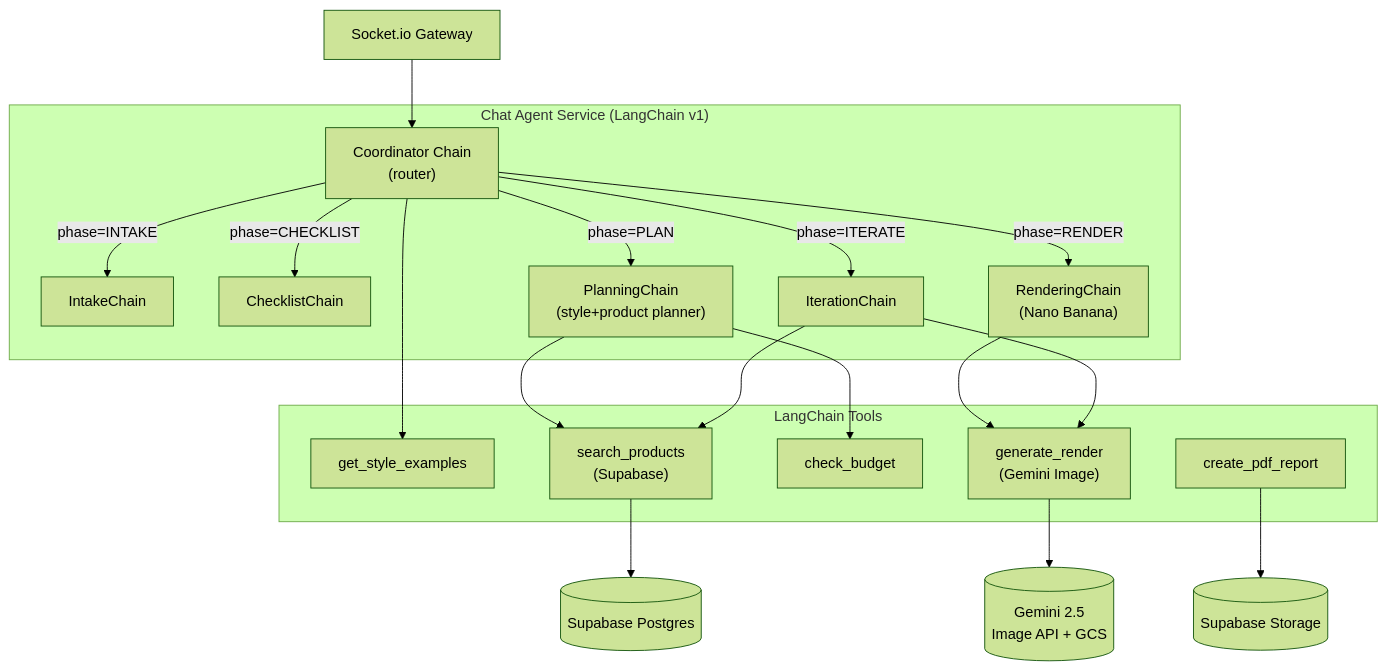
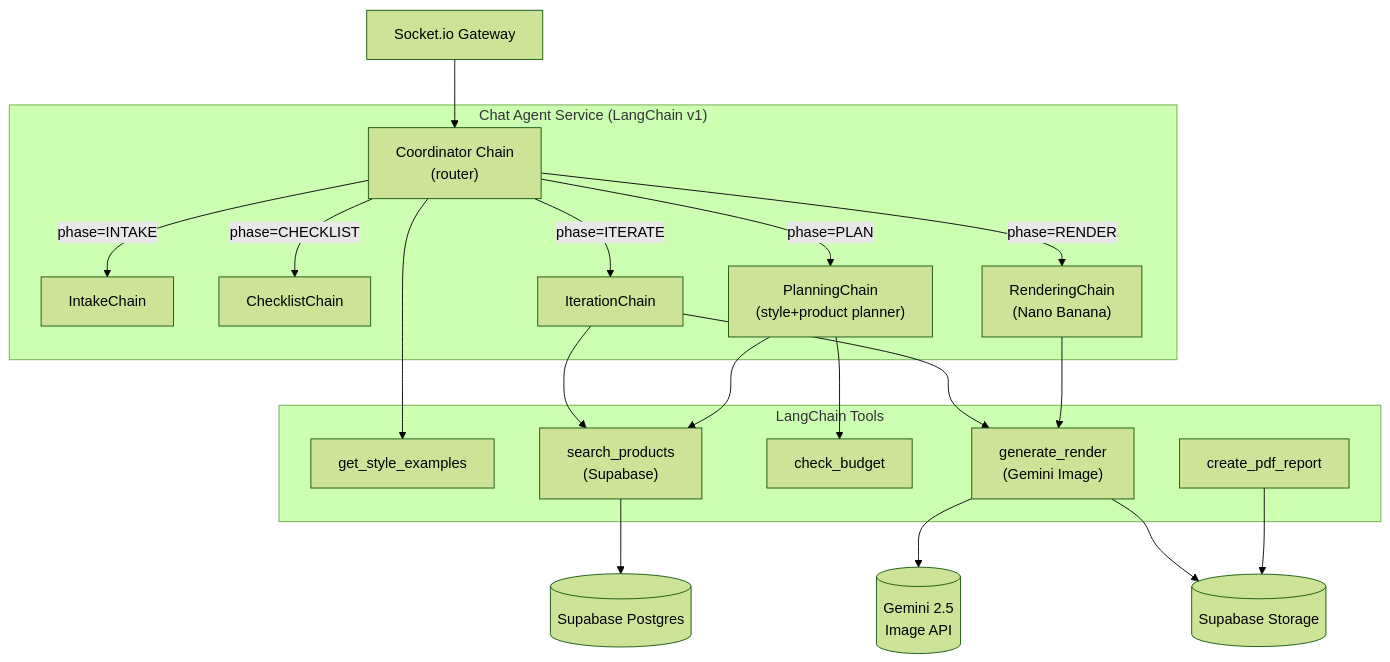
Before and after one commit to songyinggoh/renovation-agent-monorepo: the third of 5 diagrams in docs/notion/Full System Architecture.md, drawn with Mermaid (forest theme). The commit also changed other lines of this file and 15 other files, not shown here.

````diff
--- a/docs/notion/Full System Architecture.md
+++ b/docs/notion/Full System Architecture.md
@@ -189,37 +187,38 @@
 ```mermaid
 flowchart TD
   subgraph ChatAgent["Chat Agent Service (LangChain v1)"]
     Coord["Coordinator Chain</br>(router)"]
     Intake[IntakeChain]
     Checklist[ChecklistChain]
     Plan["PlanningChain</br>(style+product planner)"]
     Render["RenderingChain</br>(Nano Banana)"]
     Iterate[IterationChain]
   end
 
   SocketIO[Socket.io Gateway] --> Coord
   Coord -->|phase=INTAKE| Intake
   Coord -->|phase=CHECKLIST| Checklist
   Coord -->|phase=PLAN| Plan
   Coord -->|phase=RENDER| Render
   Coord -->|phase=ITERATE| Iterate
 
   subgraph Tools["LangChain Tools"]
     StyleTool[get_style_examples]
     ProductTool["search_products</br>(Supabase)"]
     BudgetTool[check_budget]
     RenderTool["generate_render</br>(Gemini Image)"]
     PDFTool[create_pdf_report]
   end
 
   Plan --> ProductTool
   Plan --> BudgetTool
   Render --> RenderTool
   Iterate --> RenderTool
   Iterate --> ProductTool
   Coord --> StyleTool
   PDFTool --> SBStorage[(Supabase Storage)]
   ProductTool --> SB[(Supabase Postgres)]
-  RenderTool --> GeminiAPI[(Gemini 2.5</br>Image API + GCS)]
+  RenderTool --> GeminiAPI[(Gemini 2.5</br>Image API)]
+  RenderTool --> SBStorage
 
 ```
````
